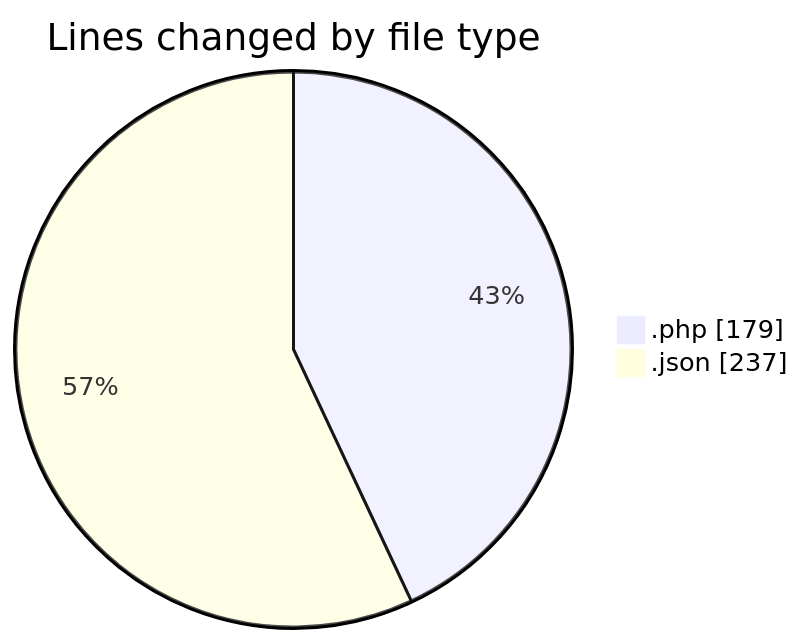
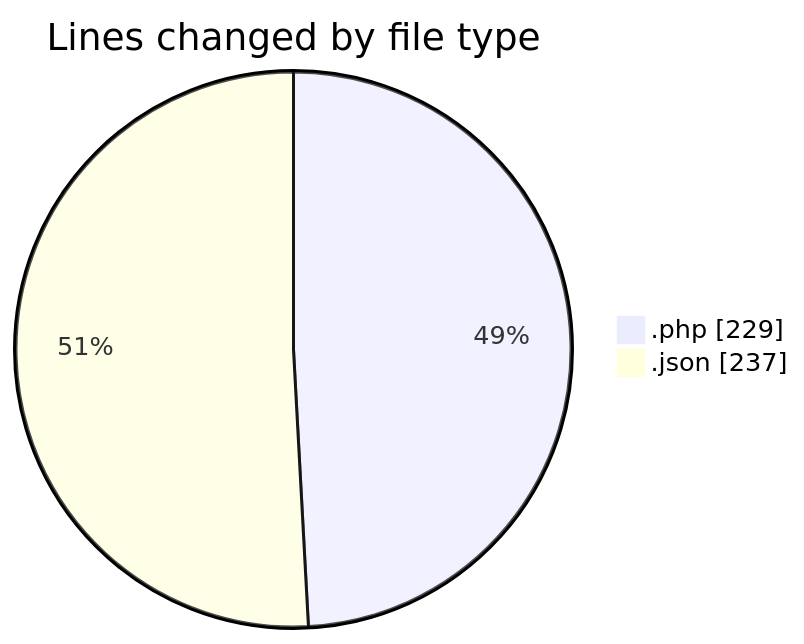
Before and after one commit to idhammustaqopulfikri/code-tracking: the first of 2 diagrams in 2025-05-16/booking/README.md, drawn with Mermaid. The commit also changed other lines of this file and 1 other file, not shown here.

````diff
--- a/2025-05-16/booking/README.md
+++ b/2025-05-16/booking/README.md
@@ -22,6 +23,6 @@
 ```mermaid
 pie showData
 title Lines changed by file type
-".php" : 179
+".php" : 229
 ".json" : 237
 ```
````
